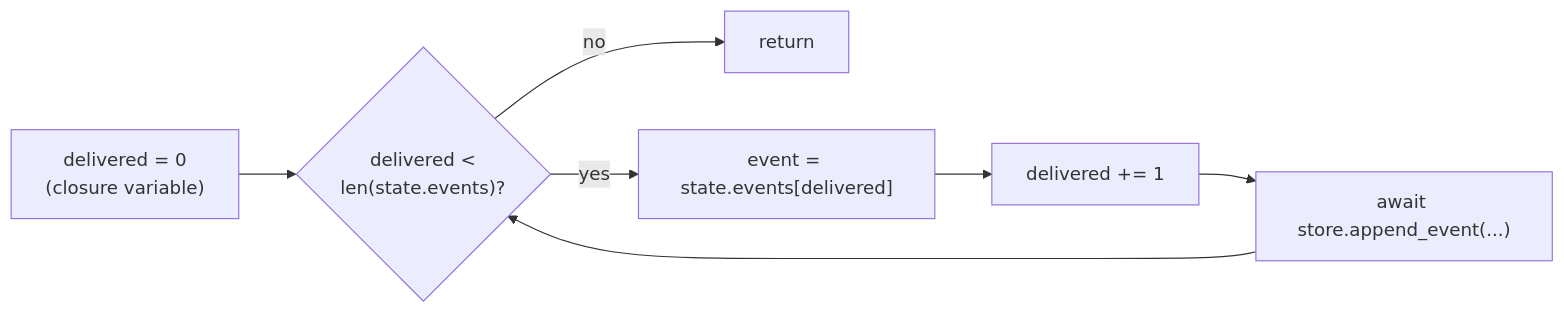
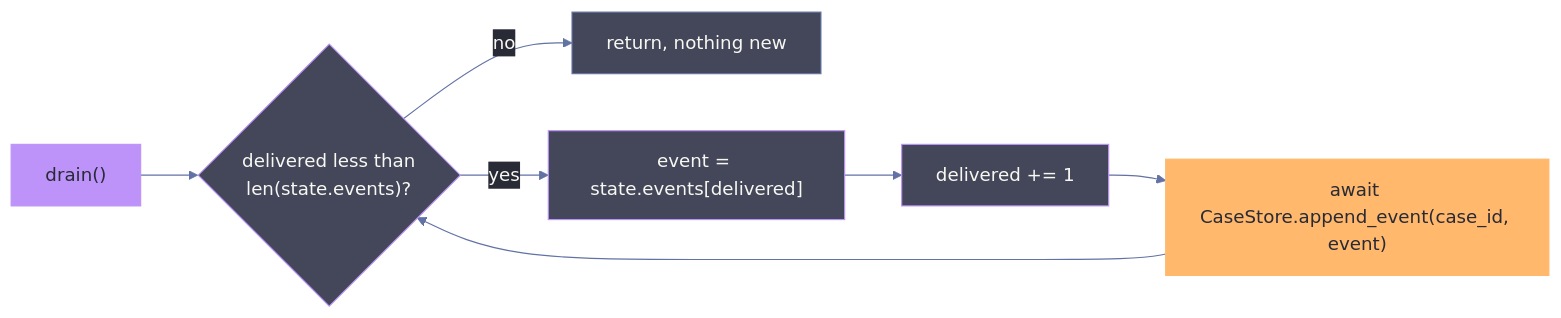
The sixth of 39 diagrams in API_FLOW.md (selvakumarperumal/tfd_prototype), drawn with Mermaid before and after one commit. The commit also changed other lines of this file, not shown here.

Commit message:
Update API flow documentation

````diff
--- a/API_FLOW.md
+++ b/API_FLOW.md
@@ -249,9 +271,18 @@
 ```mermaid
+%%{init:{'theme':'base','themeVariables':{'darkMode':true,'background':'#282a36','mainBkg':'#44475a','primaryColor':'#44475a','primaryTextColor':'#f8f8f2','primaryBorderColor':'#bd93f9','lineColor':'#6272a4','textColor':'#f8f8f2','nodeBorder':'#bd93f9','clusterBkg':'#21222c','clusterBorder':'#6272a4','edgeLabelBackground':'#282a36','actorBkg':'#44475a','actorBorder':'#bd93f9','actorTextColor':'#f8f8f2','actorLineColor':'#6272a4','signalColor':'#f8f8f2','signalTextColor':'#f8f8f2','noteBkgColor':'#414458','noteBorderColor':'#ffb86c','noteTextColor':'#f8f8f2','activationBkgColor':'#6272a4','activationBorderColor':'#bd93f9','labelBoxBkgColor':'#44475a','labelBoxBorderColor':'#bd93f9','labelTextColor':'#f8f8f2','loopTextColor':'#f8f8f2','sequenceNumberColor':'#282a36'}}}%%
 flowchart LR
-    A["delivered = 0<br/>(closure variable)"] --> B{"delivered &lt;<br/>len(state.events)?"}
-    B -->|no| C["return"]
+    A["drain()"] --> B{"delivered less than<br/>len(state.events)?"}
+    B -->|no| C["return, nothing new"]
     B -->|yes| D["event = state.events[delivered]"]
     D --> E["delivered += 1"]
-    E --> F["await store.append_event(...)"]
+    E --> F["await CaseStore.append_event(case_id, event)"]
     F --> B
+
+    class A entry
+    class F status
+    class C idle
+
+    classDef entry fill:#bd93f9,stroke:#bd93f9,color:#282a36
+    classDef status fill:#ffb86c,stroke:#ffb86c,color:#282a36
+    classDef idle fill:#44475a,stroke:#6272a4,color:#f8f8f2
 ```
````
